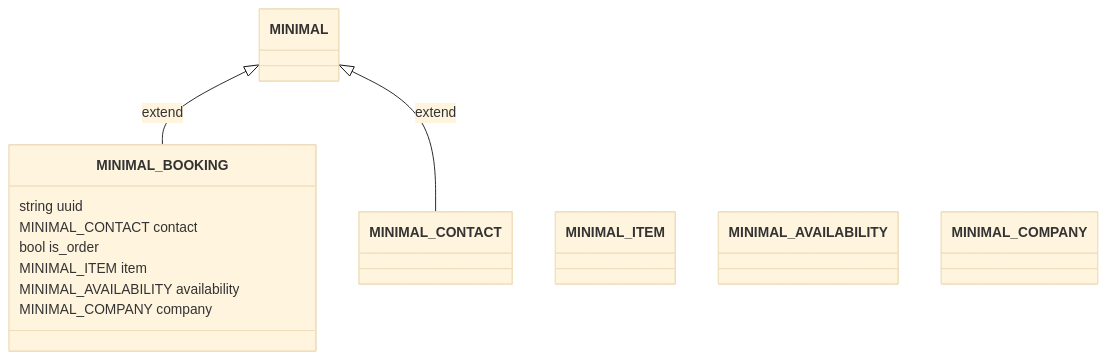
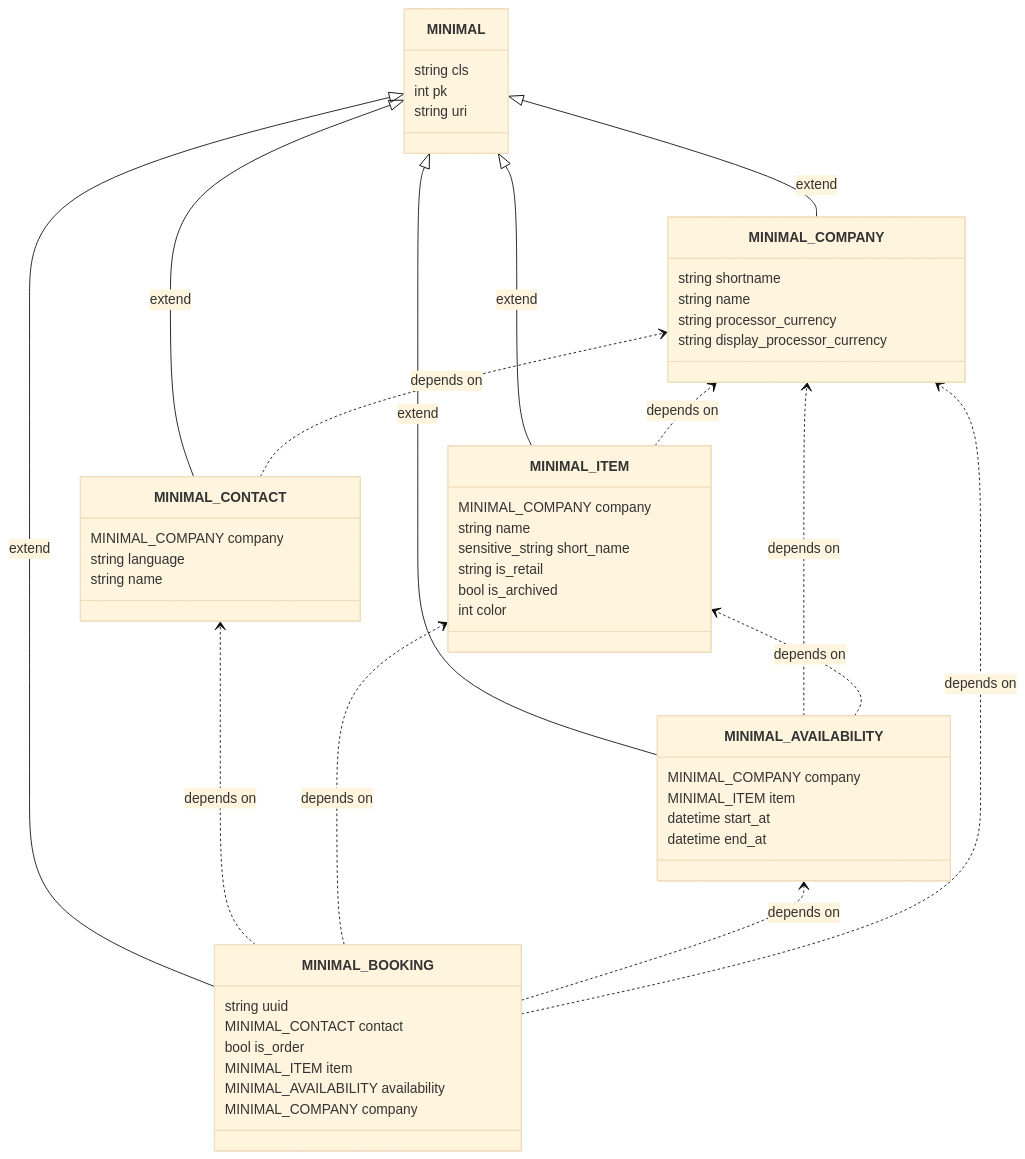
Before and after one commit to fulv/mermaid-demo: the diagram in minimal_booking.md, drawn with Mermaid (base theme).

````diff
--- a/minimal_booking.md
+++ b/minimal_booking.md
@@ -1,29 +1,63 @@
 ```mermaid
 classDiagram
   direction BT
 
   
   class MINIMAL_BOOKING {
     string uuid
     MINIMAL_CONTACT contact
     bool is_order
     MINIMAL_ITEM item
     MINIMAL_AVAILABILITY availability
     MINIMAL_COMPANY company
   }
+  MINIMAL_BOOKING --|> MINIMAL : extend
+  MINIMAL_BOOKING ..> MINIMAL_CONTACT : depends on
+  MINIMAL_BOOKING ..> MINIMAL_ITEM : depends on
+  MINIMAL_BOOKING ..> MINIMAL_AVAILABILITY : depends on
+  MINIMAL_BOOKING ..> MINIMAL_COMPANY : depends on
   
   class MINIMAL_CONTACT {
+    MINIMAL_COMPANY company
+    string language
+    string name
   }
+  MINIMAL_CONTACT --|> MINIMAL : extend
+  MINIMAL_CONTACT ..> MINIMAL_COMPANY : depends on
   
   class MINIMAL_ITEM {
+    MINIMAL_COMPANY company
+    string name
+    sensitive_string short_name
+    string is_retail
+    bool is_archived
+    int color
   }
+  MINIMAL_ITEM --|> MINIMAL : extend
+  MINIMAL_ITEM ..> MINIMAL_COMPANY : depends on
   
   class MINIMAL_AVAILABILITY {
+    MINIMAL_COMPANY company
+    MINIMAL_ITEM item
+    datetime start_at
+    datetime end_at
   }
+  MINIMAL_AVAILABILITY --|> MINIMAL : extend
+  MINIMAL_AVAILABILITY ..> MINIMAL_COMPANY : depends on
+  MINIMAL_AVAILABILITY ..> MINIMAL_ITEM : depends on
   
   class MINIMAL_COMPANY {
+    string shortname
+    string name
+    string processor_currency
+    string display_processor_currency
+  }
+  MINIMAL_COMPANY --|> MINIMAL : extend
+  
+  class MINIMAL {
+    string cls
+    int pk
+    string uri
   }
 
-  MINIMAL_BOOKING --|> MINIMAL : extend
-  MINIMAL_CONTACT --|> MINIMAL : extend
 ```
````
